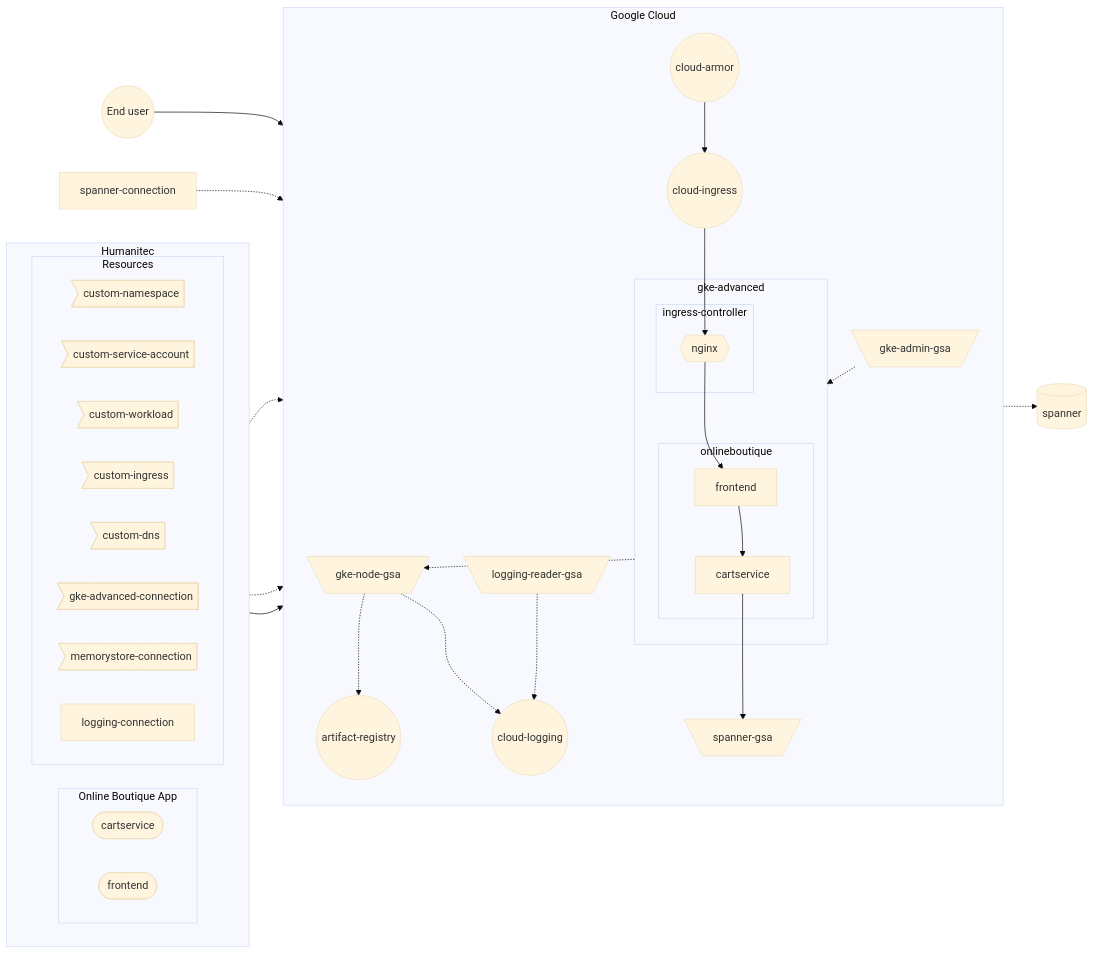
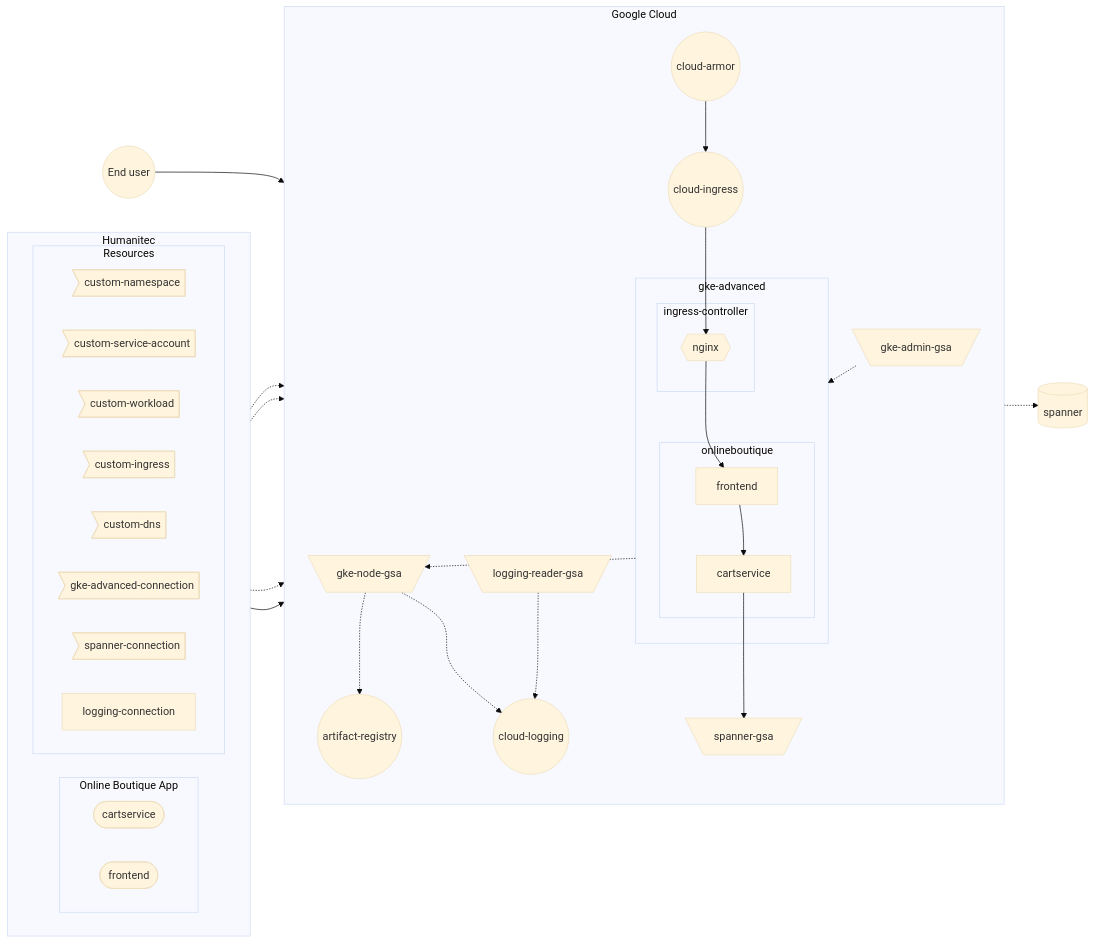
One commit to mathieu-benoit/hello-humanitec changed the diagram in docs/gke-advanced.md. Above: the diagram before and after it, drawn with Mermaid (base theme).

Commit message:
fix spanner connection in graph

````diff
--- a/docs/gke-advanced.md
+++ b/docs/gke-advanced.md
@@ -15,51 +15,51 @@
 ```mermaid
 flowchart LR
   subgraph Humanitec
     direction LR
     subgraph onlineboutique-app [Online Boutique App]
       direction LR
       cartservice-workload([cartservice])
       frontend-workload([frontend])
     end
     subgraph Resources
         custom-namespace>custom-namespace]
         custom-service-account>custom-service-account]
         custom-workload>custom-workload]
         custom-ingress>custom-ingress]
         custom-dns>custom-dns]
         gke-advanced-connection>gke-advanced-connection]
-        memorystore-connection>memorystore-connection]
+        spanner-connection>spanner-connection]
         logging-connection
     end
   end
   subgraph Google Cloud
     direction TB
     subgraph gke-advanced
         subgraph ingress-controller
             nginx{{nginx}}
         end
         subgraph onlineboutique
             frontend-->cartservice
         end
         nginx-->frontend
     end
     gke-admin-gsa[\gke-admin-gsa/]
     onlineboutique-app-->onlineboutique
     logging-reader-gsa[\logging-reader-gsa/]
     cloud-logging((cloud-logging))
     gke-advanced-.->gke-node-gsa[\gke-node-gsa/]
     gke-node-gsa-.->artifact-registry((artifact-registry))
     gke-node-gsa-.->cloud-logging
     cloud-armor((cloud-armor))-->cloud-ingress((cloud-ingress))
     spanner-gsa[\spanner-gsa/]
   end
   enduser((End user))-->cloud-armor
   cloud-ingress-->nginx
   logging-connection-.->logging-reader-gsa
   logging-reader-gsa-.->cloud-logging
   gke-advanced-connection-.->gke-admin-gsa
   gke-admin-gsa-.->gke-advanced
   spanner-connection-.->spanner-gsa
   spanner-gsa-.->spanner[(spanner)]
   cartservice-->spanner-gsa
 ```
````
